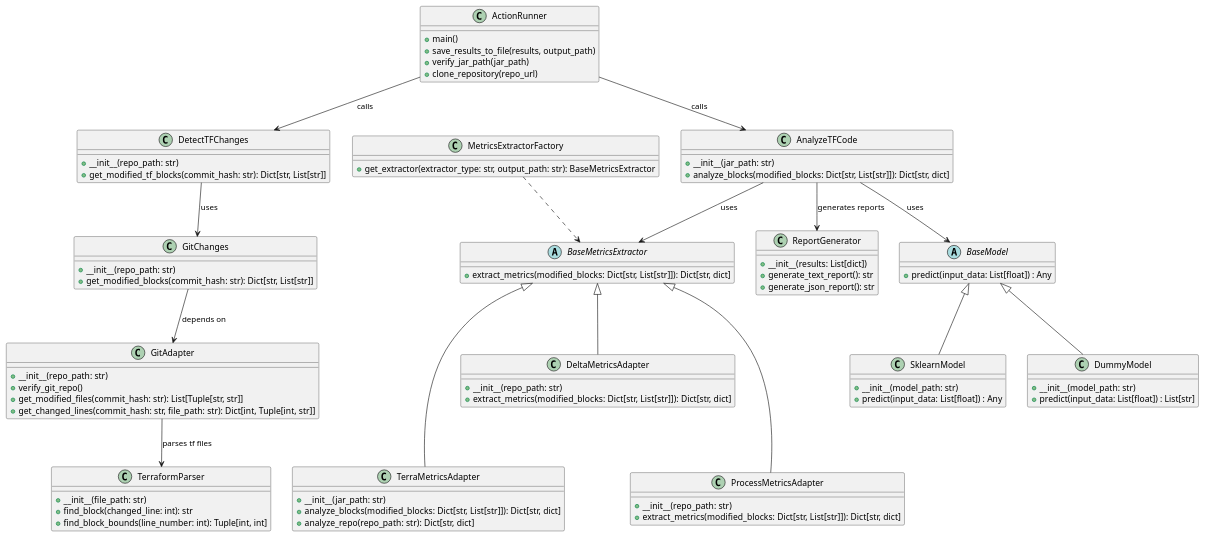
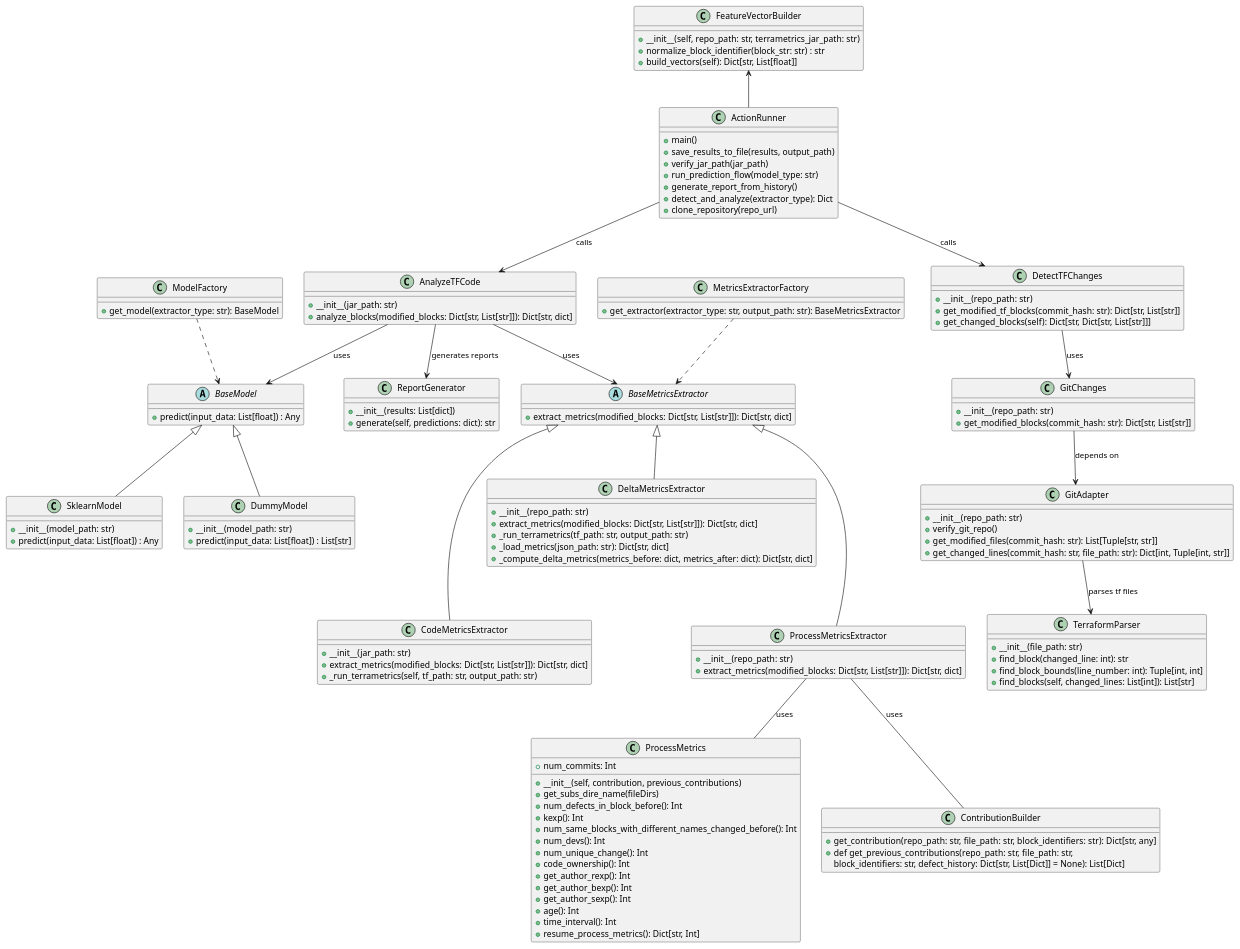
The diagram in documentation/diagrams/classDiagram.puml (TFDefect/TFDefectGA), drawn with PlantUML before and after one commit. The commit also changed 2 other files, not shown here.

Commit message:
modification des diagrammes

```diff
--- a/documentation/diagrams/classDiagram.puml
+++ b/documentation/diagrams/classDiagram.puml
@@ -1,99 +1,145 @@
 @startuml
 
 class ActionRunner {
     + main()
     + save_results_to_file(results, output_path)
     + verify_jar_path(jar_path)
+    + run_prediction_flow(model_type: str)
+    + generate_report_from_history()
+    + detect_and_analyze(extractor_type): Dict
     + clone_repository(repo_url)
 }
 
 class AnalyzeTFCode {
     + __init__(jar_path: str)
     + analyze_blocks(modified_blocks: Dict[str, List[str]]): Dict[str, dict]
 }
 
 class DetectTFChanges {
     + __init__(repo_path: str)
     + get_modified_tf_blocks(commit_hash: str): Dict[str, List[str]]
+    + get_changed_blocks(self): Dict[str, Dict[str, List[str]]]
 }
 
 class GitChanges {
     + __init__(repo_path: str)
     + get_modified_blocks(commit_hash: str): Dict[str, List[str]]
 }
 
 class GitAdapter {
     + __init__(repo_path: str)
     + verify_git_repo()
     + get_modified_files(commit_hash: str): List[Tuple[str, str]]
     + get_changed_lines(commit_hash: str, file_path: str): Dict[int, Tuple[int, str]]
 }
 
 class TerraformParser {
     + __init__(file_path: str)
     + find_block(changed_line: int): str
     + find_block_bounds(line_number: int): Tuple[int, int]
+    + find_blocks(self, changed_lines: List[int]): List[str]
+}
+
+class FeatureVectorBuilder {
+  + __init__(self, repo_path: str, terrametrics_jar_path: str)
+  + normalize_block_identifier(block_str: str) : str
+  + build_vectors(self): Dict[str, List[float]]
 }
 
 abstract class BaseMetricsExtractor {
     + extract_metrics(modified_blocks: Dict[str, List[str]]): Dict[str, dict]
 }
 
-class TerraMetricsAdapter {
+class CodeMetricsExtractor {
     + __init__(jar_path: str)
-    + analyze_blocks(modified_blocks: Dict[str, List[str]]): Dict[str, dict]
-    + analyze_repo(repo_path: str): Dict[str, dict]
+    + extract_metrics(modified_blocks: Dict[str, List[str]]): Dict[str, dict]
+    + _run_terrametrics(self, tf_path: str, output_path: str)
 }
 
-class DeltaMetricsAdapter {
+class DeltaMetricsExtractor {
+    + __init__(repo_path: str)
+    + extract_metrics(modified_blocks: Dict[str, List[str]]): Dict[str, dict]
+    + _run_terrametrics(tf_path: str, output_path: str)
+    + _load_metrics(json_path: str): Dict[str, dict]
+    + _compute_delta_metrics(metrics_before: dict, metrics_after: dict): Dict[str, dict]
+}
+
+class ProcessMetricsExtractor {
     + __init__(repo_path: str)
     + extract_metrics(modified_blocks: Dict[str, List[str]]): Dict[str, dict]
 }
 
-class ProcessMetricsAdapter {
-    + __init__(repo_path: str)
-    + extract_metrics(modified_blocks: Dict[str, List[str]]): Dict[str, dict]
+class ProcessMetrics {
+    + __init__(self, contribution, previous_contributions)
+    + get_subs_dire_name(fileDirs)
+    + num_defects_in_block_before(): Int
+    + kexp(): Int
+    + num_same_blocks_with_different_names_changed_before(): Int
+    + num_devs(): Int
+    + num_commits: Int
+    + num_unique_change(): Int
+    + code_ownership(): Int
+    + get_author_rexp(): Int
+    + get_author_bexp(): Int
+    + get_author_sexp(): Int
+    + age(): Int
+    + time_interval(): Int
+    + resume_process_metrics(): Dict[str, Int]
+
+}
+
+class ContributionBuilder {
+    + get_contribution(repo_path: str, file_path: str, block_identifiers: str): Dict[str, any]
+    + def get_previous_contributions(repo_path: str, file_path: str, 
+    block_identifiers: str, defect_history: Dict[str, List[Dict]] = None): List[Dict]
 }
 
 abstract class BaseModel {
     + predict(input_data: List[float]) : Any
 }
 
 class SklearnModel {
     + __init__(model_path: str)
     + predict(input_data: List[float]) : Any
 }
 
 class DummyModel {
     + __init__(model_path: str)
     + predict(input_data: List[float]) : List[str]
 }
 
 class ReportGenerator {
     + __init__(results: List[dict])
-    + generate_text_report(): str
-    + generate_json_report(): str
+    + generate(self, predictions: dict): str
 }
 
 class MetricsExtractorFactory {
     + get_extractor(extractor_type: str, output_path: str): BaseMetricsExtractor
 }
 
+class ModelFactory {
+    + get_model(extractor_type: str): BaseModel
+}
+
 AnalyzeTFCode <-u- ActionRunner : calls
+ActionRunner -u-> FeatureVectorBuilder
 DetectTFChanges <-u-   ActionRunner: calls
 GitChanges <-u-  DetectTFChanges: uses
 GitChanges -down-> GitAdapter : depends on
 GitAdapter -down-> TerraformParser : parses tf files
 
 AnalyzeTFCode -down-> BaseMetricsExtractor : uses
-TerraMetricsAdapter -u--|> BaseMetricsExtractor
-DeltaMetricsAdapter -u-|> BaseMetricsExtractor
-ProcessMetricsAdapter -u--|> BaseMetricsExtractor
+CodeMetricsExtractor -u--|> BaseMetricsExtractor
+DeltaMetricsExtractor -u-|> BaseMetricsExtractor
+ProcessMetricsExtractor -u--|> BaseMetricsExtractor
+ProcessMetricsExtractor -- ProcessMetrics: uses
+MetricsExtractorFactory ..> BaseMetricsExtractor
 
-MetricsExtractorFactory ..> BaseMetricsExtractor
+ProcessMetricsExtractor -- ContributionBuilder: uses
 
 AnalyzeTFCode -down-> BaseModel : uses
 SklearnModel -u-|> BaseModel
 DummyModel -u-|> BaseModel
 AnalyzeTFCode -down-> ReportGenerator : generates reports
+ModelFactory ..> BaseModel
 @enduml
```
